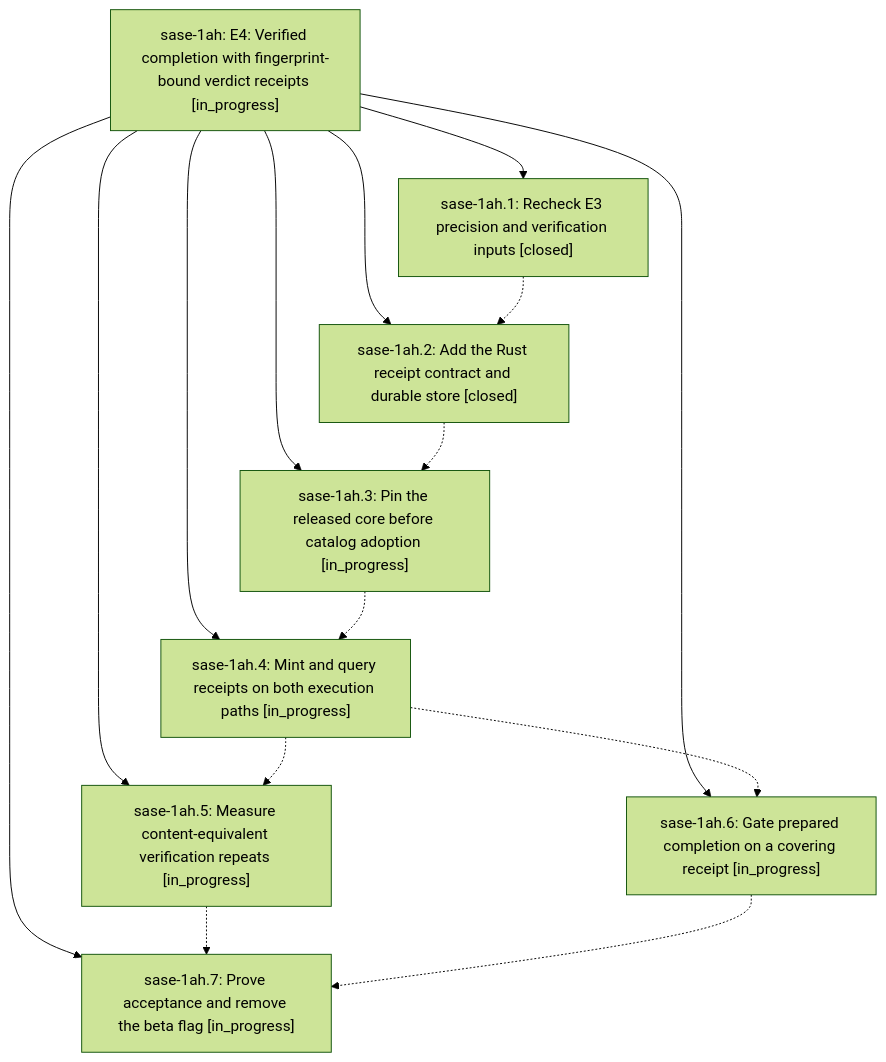
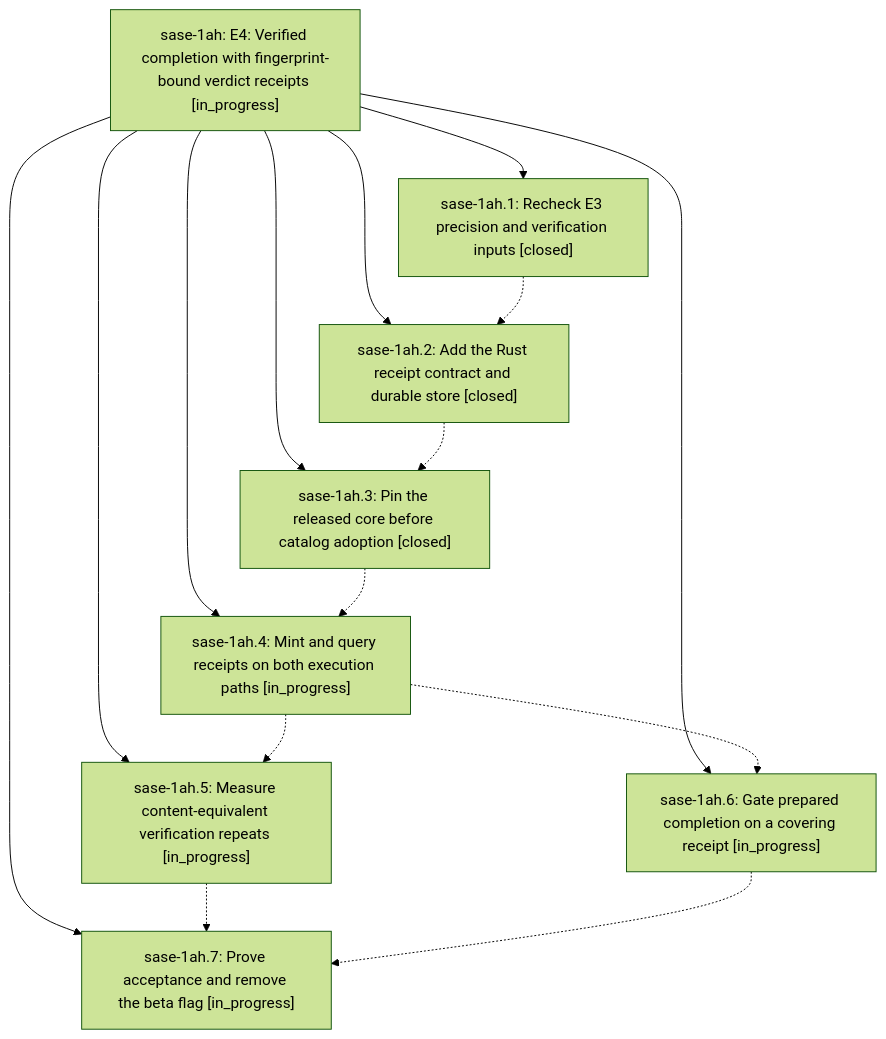
Before and after one commit to sase-org/sase--beads: the diagram in pages/sase-1ah/README.md, drawn with Mermaid (forest theme). The commit also changed other lines of this file and 3 other files, not shown here.

````diff
--- a/pages/sase-1ah/README.md
+++ b/pages/sase-1ah/README.md
@@ -28,25 +28,25 @@
 ```mermaid
 flowchart TD
     n0["sase-1ah: E4: Verified completion with fingerprint-bound verdict receipts [in_progress]"]
     n1["sase-1ah.1: Recheck E3 precision and verification inputs [closed]"]
     n2["sase-1ah.2: Add the Rust receipt contract and durable store [closed]"]
-    n3["sase-1ah.3: Pin the released core before catalog adoption [in_progress]"]
+    n3["sase-1ah.3: Pin the released core before catalog adoption [closed]"]
     n4["sase-1ah.4: Mint and query receipts on both execution paths [in_progress]"]
     n5["sase-1ah.5: Measure content-equivalent verification repeats [in_progress]"]
     n6["sase-1ah.6: Gate prepared completion on a covering receipt [in_progress]"]
     n7["sase-1ah.7: Prove acceptance and remove the beta flag [in_progress]"]
     n0 --> n1
     n0 --> n2
     n0 --> n3
     n0 --> n4
     n0 --> n5
     n0 --> n6
     n0 --> n7
     n1 -.-> n2
     n2 -.-> n3
     n3 -.-> n4
     n4 -.-> n5
     n4 -.-> n6
     n5 -.-> n7
     n6 -.-> n7
 ```
````
